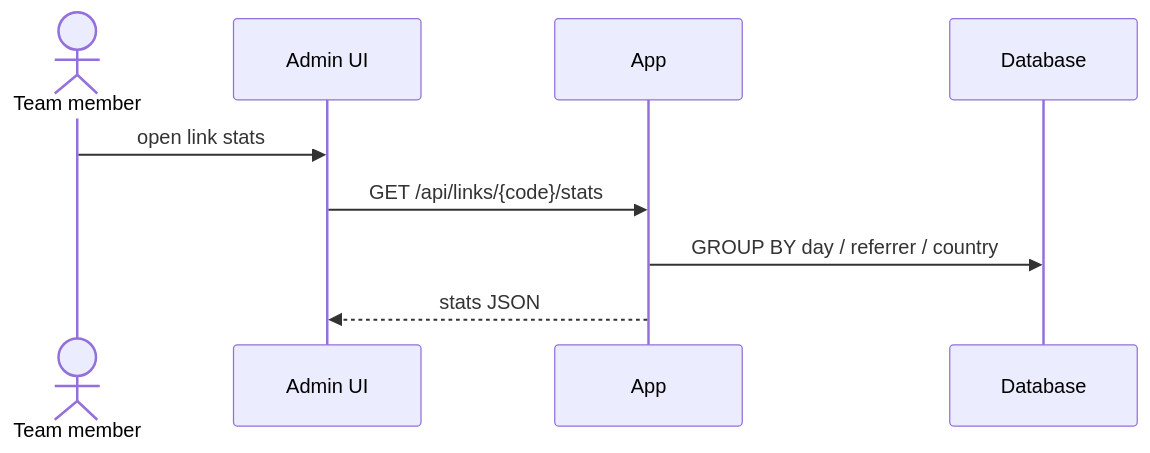
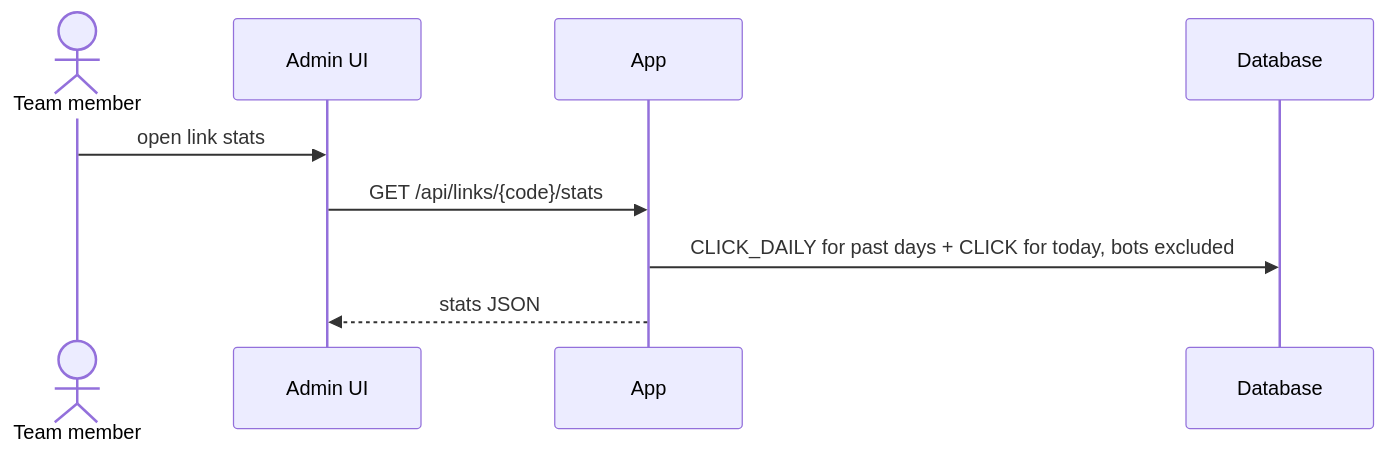
The sixth of 6 diagrams in examples/link-shortener/docs/design/link-shortener/design.md (fwiesek/tech-design-skills), drawn with Mermaid before and after one commit. The commit also changed other lines of this file and 5 other files, not shown here.

````diff
--- a/examples/link-shortener/docs/design/link-shortener/design.md
+++ b/examples/link-shortener/docs/design/link-shortener/design.md
@@ -145,11 +159,11 @@
 ```mermaid
 sequenceDiagram
   actor Member as Team member
   participant UI as Admin UI
   participant App
   participant DB as Database
   Member->>UI: open link stats
   UI->>App: GET /api/links/{code}/stats
-  App->>DB: GROUP BY day / referrer / country
+  App->>DB: CLICK_DAILY for past days + CLICK for today, bots excluded
   App-->>UI: stats JSON
 ```
````
